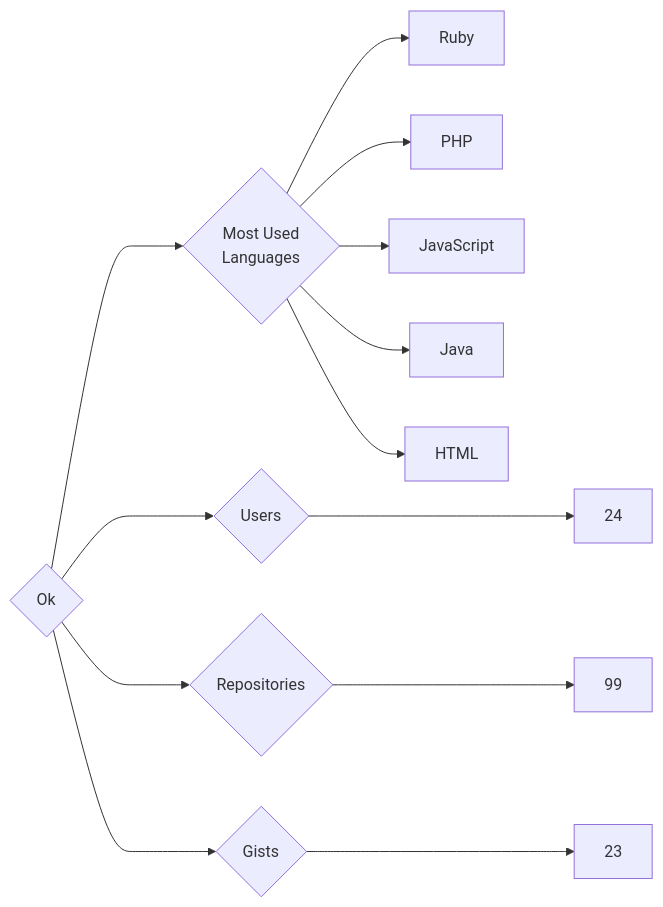
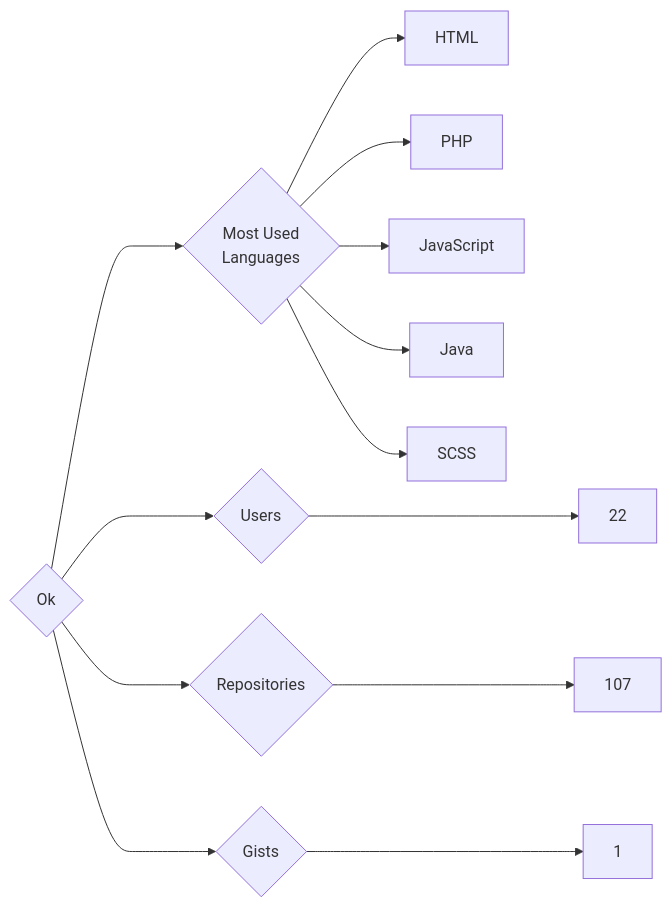
One commit to trickest/insiders changed the diagram in targets/Ok/README.md. Above: the diagram before and after it, drawn with Mermaid. The commit also changed 972 other files, not shown here.

````diff
--- a/targets/Ok/README.md
+++ b/targets/Ok/README.md
@@ -3,13 +3,13 @@
 ```mermaid
 graph LR
 COMPANY_NAME{Ok}
-COMPANY_NAME ---> U{Users} ---> UN[24]
-COMPANY_NAME ---> R{Repositories} ---> RN[99]
-COMPANY_NAME ---> G{Gists} ---> GN[23]
+COMPANY_NAME ---> U{Users} ---> UN[22]
+COMPANY_NAME ---> R{Repositories} ---> RN[107]
+COMPANY_NAME ---> G{Gists} ---> GN[1]
 COMPANY_NAME ---> ML{Most Used<br>Languages}
-ML --> Ruby[Ruby]
+ML --> HTML[HTML]
 ML --> PHP[PHP]
 ML --> JavaScript[JavaScript]
 ML --> Java[Java]
-ML --> HTML[HTML]
+ML --> SCSS[SCSS]
 ```
````
